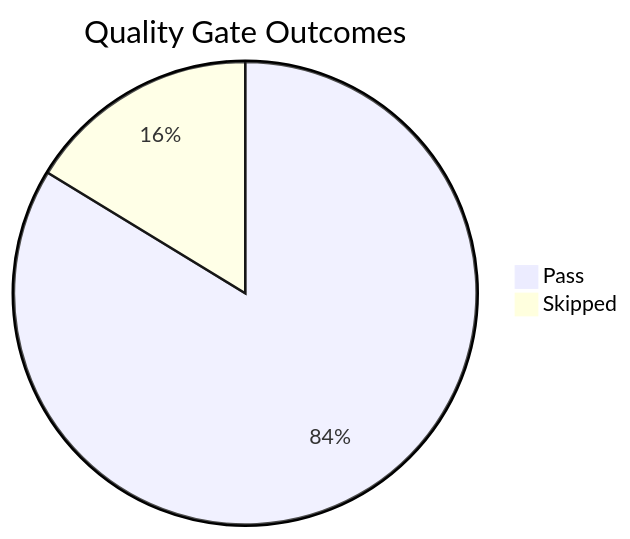
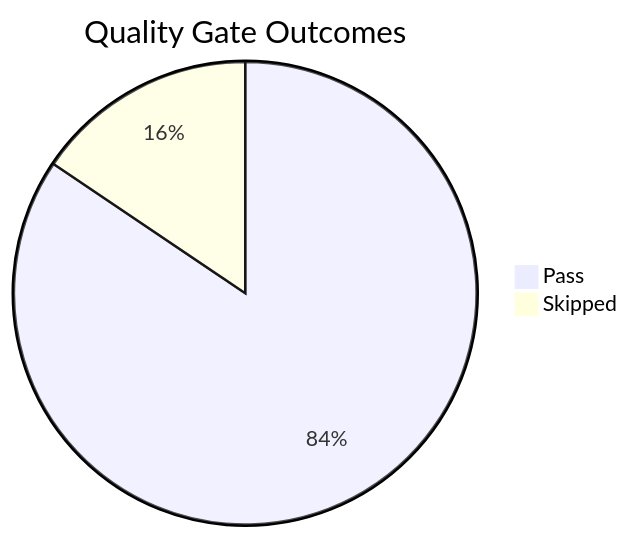
The diagram in docs/meta/golden-status.md (yeongseon/azure-app-service-practical-guide), drawn with Mermaid before and after one commit. The commit also changed other lines of this file and 10 other files, not shown here.

````diff
--- a/docs/meta/golden-status.md
+++ b/docs/meta/golden-status.md
@@ -44,5 +44,5 @@
 ```mermaid
 pie title Quality Gate Outcomes
-    "Pass" : 36
+    "Pass" : 38
     "Skipped" : 7
 ```
````
